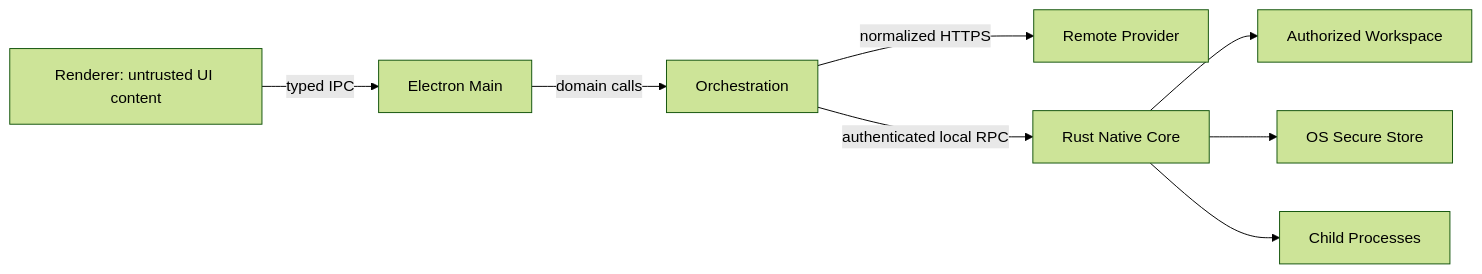
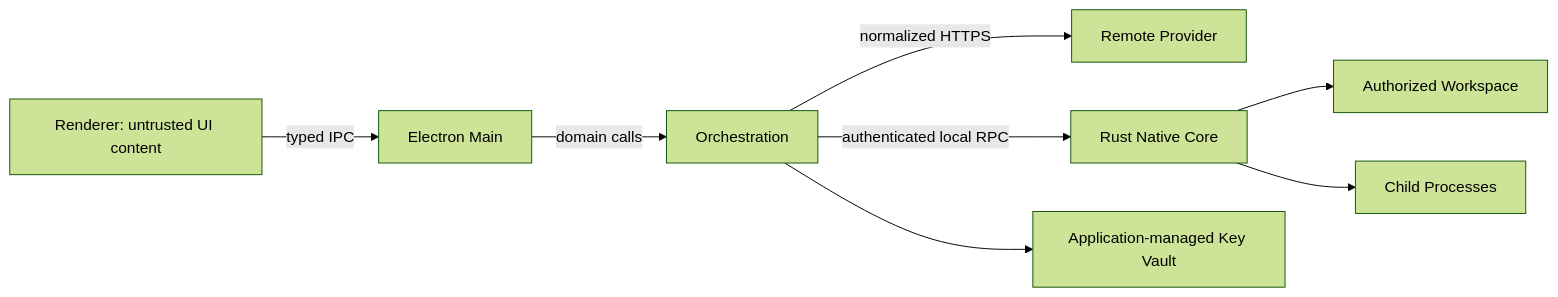
One commit to banyueban/ai-corporation changed the diagram in docs/06-engineering/Threat-Model.md. Above: the diagram before and after it, drawn with Mermaid (forest theme). The commit also changed other lines of this file and 10 other files, not shown here.

````diff
--- a/docs/06-engineering/Threat-Model.md
+++ b/docs/06-engineering/Threat-Model.md
@@ -26,10 +26,10 @@
 ```mermaid
 flowchart LR
   R["Renderer: untrusted UI content"] -->|typed IPC| M["Electron Main"]
   M -->|domain calls| O["Orchestration"]
   O -->|normalized HTTPS| P["Remote Provider"]
   O -->|authenticated local RPC| N["Rust Native Core"]
+  O --> K["Application-managed Key Vault"]
   N --> W["Authorized Workspace"]
-  N --> K["OS Secure Store"]
   N --> X["Child Processes"]
 ```
````
